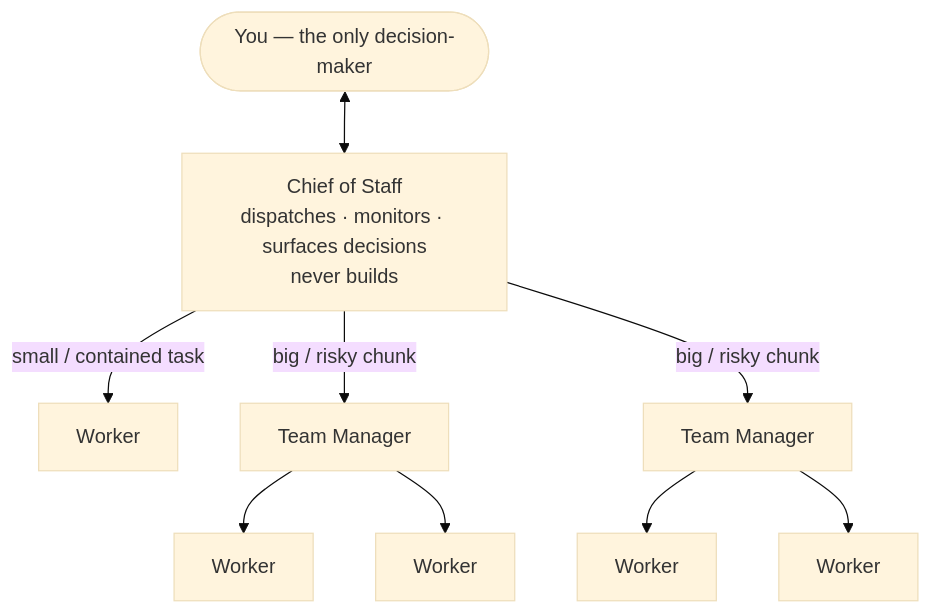
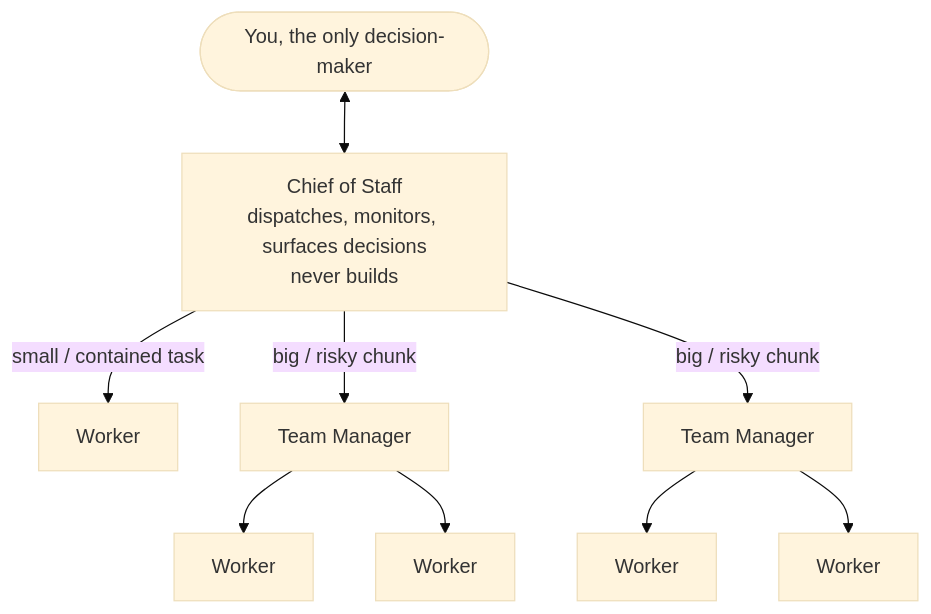
Before and after one commit to danielchappell/scuba-stack: the first of 2 diagrams in README.md, drawn with Mermaid (base theme). The commit also changed other lines of this file, not shown here.

````diff
--- a/README.md
+++ b/README.md
@@ -48,11 +48,11 @@
 ```mermaid
 flowchart TD
-    U([You — the only decision-maker]) <--> COS[Chief of Staff<br/>dispatches · monitors · surfaces decisions<br/>never builds]
+    U([You, the only decision-maker]) <--> COS[Chief of Staff<br/>dispatches, monitors, surfaces decisions<br/>never builds]
     COS -->|small / contained task| W1[Worker]
     COS -->|big / risky chunk| M1[Team Manager]
     COS -->|big / risky chunk| M2[Team Manager]
     M1 --> W2[Worker]
     M1 --> W3[Worker]
     M2 --> W4[Worker]
     M2 --> W5[Worker]
 ```
````
